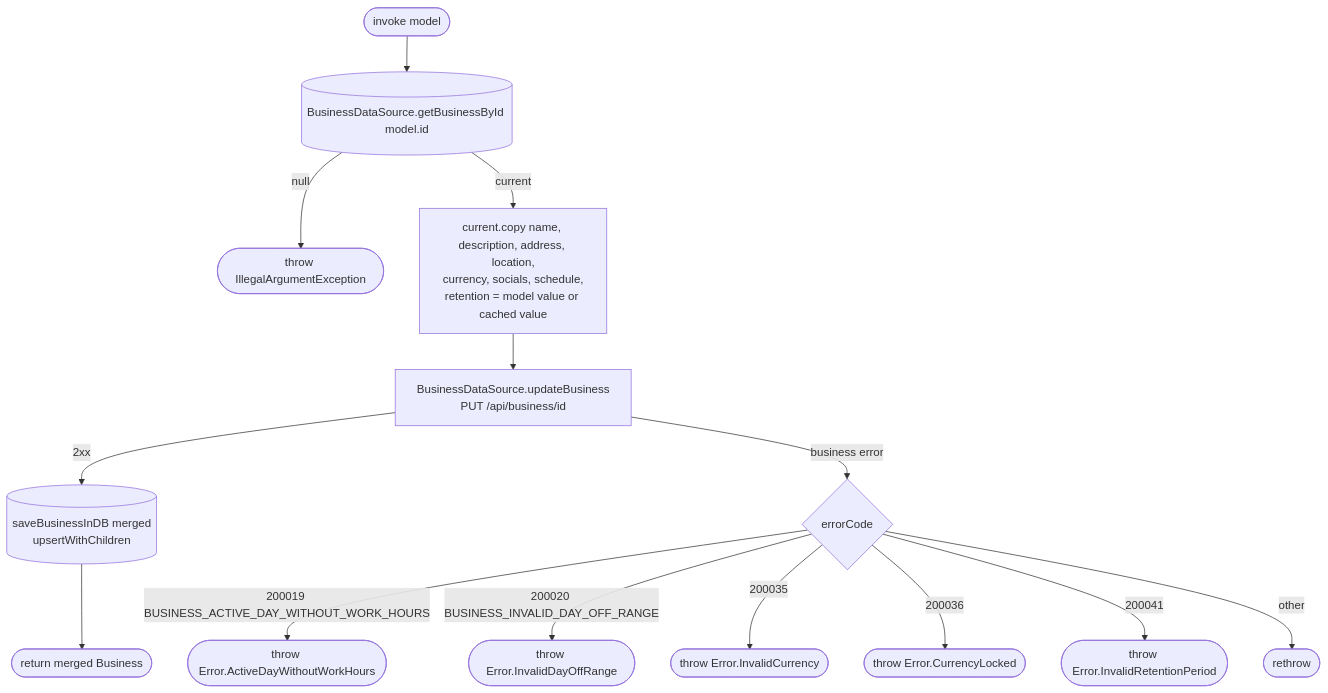
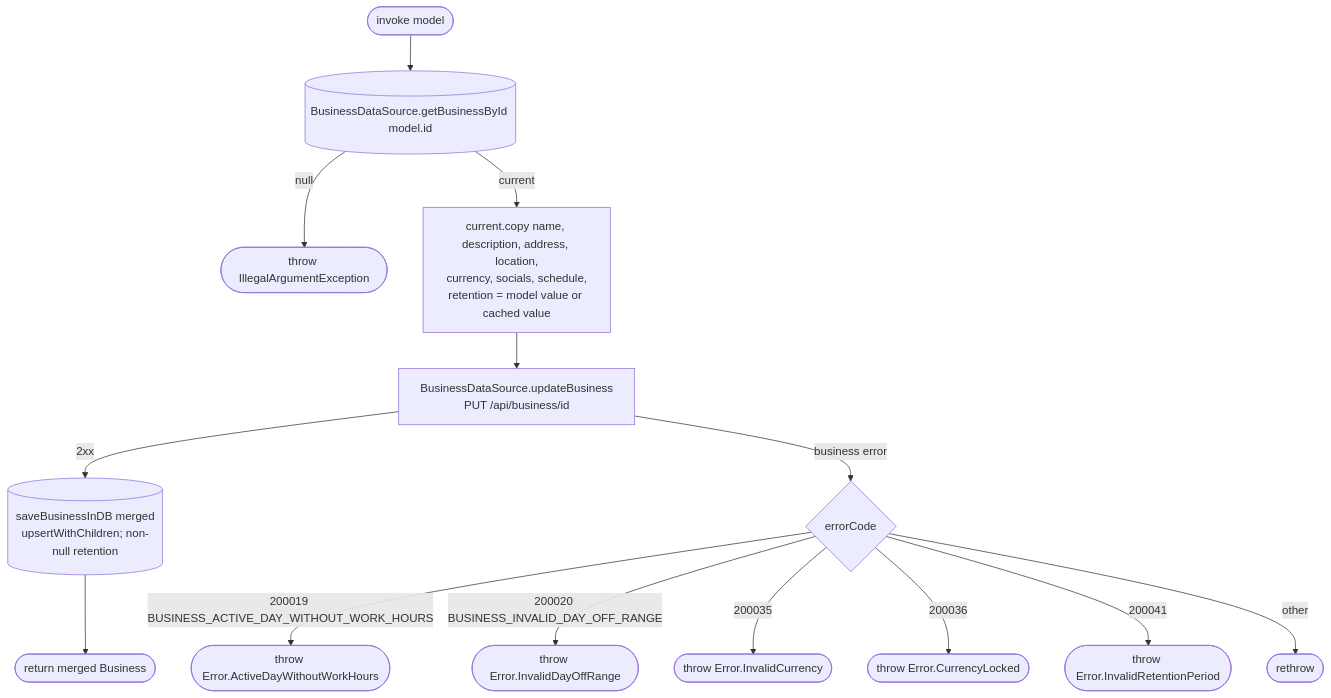
Before and after one commit to nocturneproperties/bookkme-client: the diagram in docs/operations/business/update-business.md, drawn with Mermaid. The commit also changed other lines of this file and 30 other files, not shown here.

````diff
--- a/docs/operations/business/update-business.md
+++ b/docs/operations/business/update-business.md
@@ -13,16 +13,16 @@
 ```mermaid
 flowchart TD
     Start([invoke model]) --> Read[(BusinessDataSource.getBusinessById model.id)]
     Read -- null --> E0([throw IllegalArgumentException])
     Read -- current --> Merge[current.copy name, description, address, location,<br/>currency, socials, schedule,<br/>retention = model value or cached value]
     Merge --> Net[BusinessDataSource.updateBusiness<br/>PUT /api/business/id]
-    Net -- 2xx --> Save[(saveBusinessInDB merged<br/>upsertWithChildren)]
+    Net -- 2xx --> Save[(saveBusinessInDB merged<br/>upsertWithChildren; non-null retention)]
     Save --> R([return merged Business])
     Net -- business error --> Code{errorCode}
     Code -- 200019 BUSINESS_ACTIVE_DAY_WITHOUT_WORK_HOURS --> E1([throw Error.ActiveDayWithoutWorkHours])
     Code -- 200020 BUSINESS_INVALID_DAY_OFF_RANGE --> E2([throw Error.InvalidDayOffRange])
     Code -- 200035 --> Added200035([throw Error.InvalidCurrency])
     Code -- 200036 --> Added200036([throw Error.CurrencyLocked])
     Code -- 200041 --> Added200041([throw Error.InvalidRetentionPeriod])
     Code -- other --> EX([rethrow])
 ```
````
